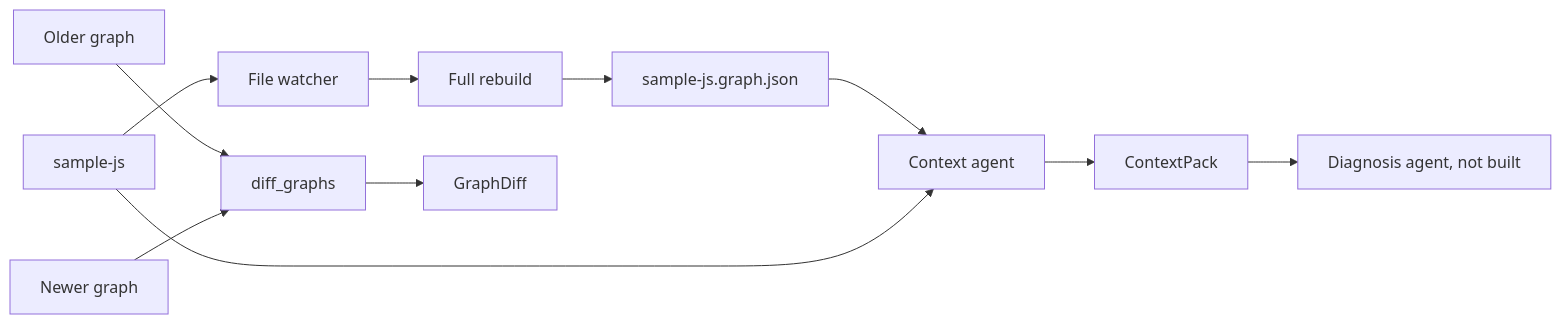
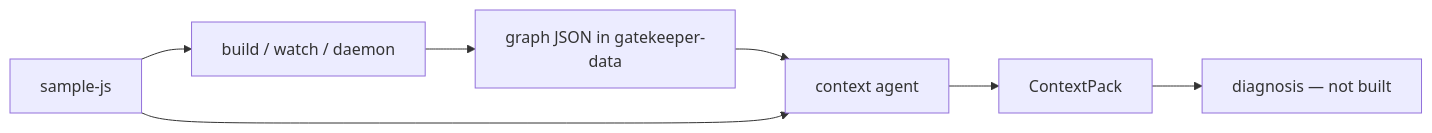
One commit to Anilkumark17/Gatekeeper changed the first of 4 diagrams in README.md. Above: the diagram before and after it, drawn with Mermaid. The commit also changed other lines of this file and 13 other files, not shown here.

````diff
--- a/README.md
+++ b/README.md
@@ -51,13 +19,9 @@
 ```mermaid
 flowchart LR
-  sampleJs["sample-js"] --> watcher["File watcher"]
-  watcher --> indexer["Full rebuild"]
-  indexer --> graphFile["sample-js.graph.json"]
-  graphFile --> contextAgent["Context agent"]
-  sampleJs --> contextAgent
-  contextAgent --> pack["ContextPack"]
-  pack --> diagnosis["Diagnosis agent, not built"]
-  g0["Older graph"] --> graphDiff["diff_graphs"]
-  g1["Newer graph"] --> graphDiff
-  graphDiff --> graphDiffResult["GraphDiff"]
+  repo["sample-js"] --> build["build / watch / daemon"]
+  build --> jsonFile["graph JSON in gatekeeper-data"]
+  jsonFile --> ctx["context agent"]
+  repo --> ctx
+  ctx --> pack["ContextPack"]
+  pack --> later["diagnosis — not built"]
 ```
````
